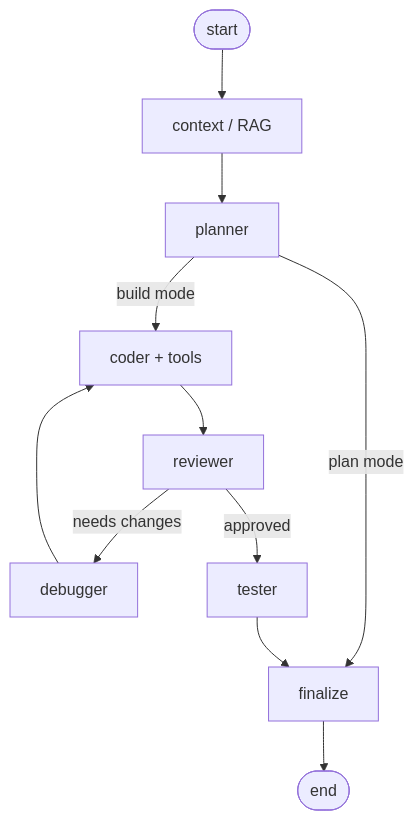
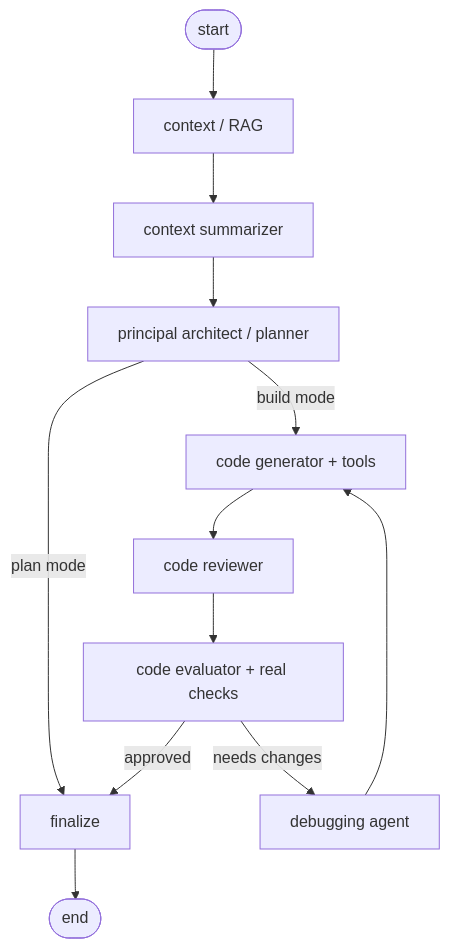
Before and after one commit to rajbasnet123789/CLI_BASED_MULTI-RL-AGENTS: the diagram in docs/architecture.md, drawn with Mermaid. The commit also changed other lines of this file and 2 other files, not shown here.

Commit message:
Fix TUI run flag collision with Textual, show agent roles and live file changes, update architecture docs

````diff
--- a/docs/architecture.md
+++ b/docs/architecture.md
@@ -33,13 +33,14 @@
 ```mermaid
 flowchart TD
     START([start]) --> context[context / RAG]
-    context --> planner[planner]
-    planner -->|plan mode| finalize[finalize]
-    planner -->|build mode| coder[coder + tools]
-    coder --> reviewer[reviewer]
-    reviewer -->|needs changes| debugger[debugger]
-    debugger --> coder
-    reviewer -->|approved| tester[tester]
-    tester --> finalize
+    context --> summarizer[context summarizer]
+    summarizer --> architect[principal architect / planner]
+    architect -->|plan mode| finalize[finalize]
+    architect -->|build mode| generator[code generator + tools]
+    generator --> reviewer[code reviewer]
+    reviewer --> evaluator[code evaluator + real checks]
+    evaluator -->|needs changes| debugger[debugging agent]
+    debugger --> generator
+    evaluator -->|approved| finalize
     finalize --> END([end])
 ```
````
